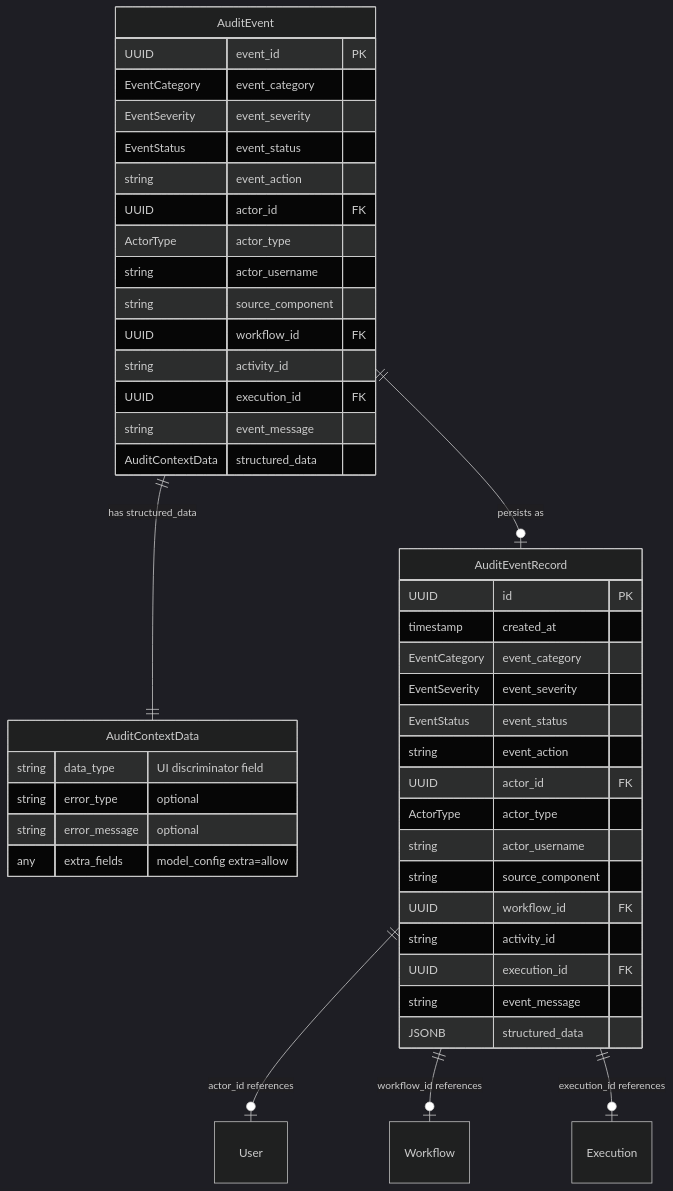
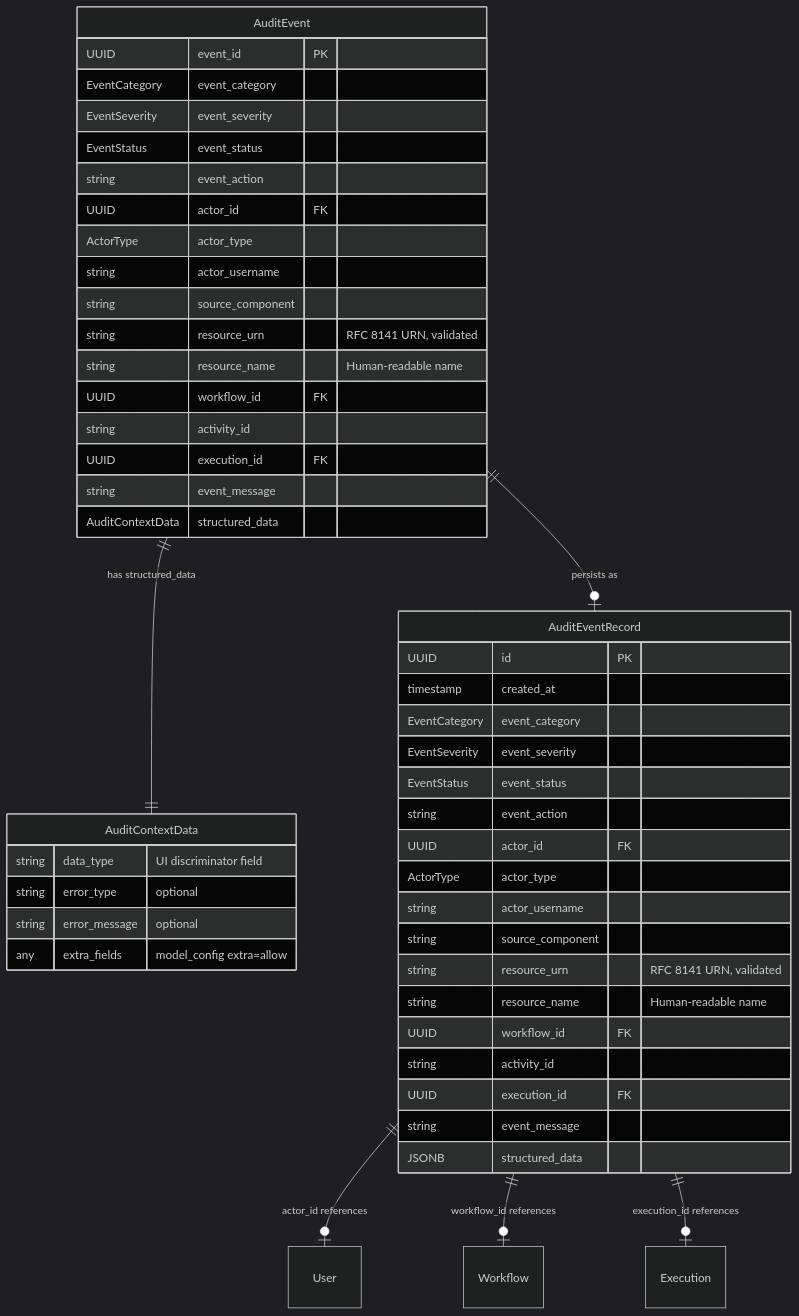
The second of 8 diagrams in docs/audit.md (alinabuzachis/syntara), drawn with Mermaid (dark theme) before and after one commit. The commit also changed other lines of this file and 79 other files, not shown here.

````diff
--- a/docs/audit.md
+++ b/docs/audit.md
@@ -103,51 +118,55 @@
 ```mermaid
 erDiagram
     AuditEvent ||--|| AuditContextData : "has structured_data"
     AuditEvent ||--o| AuditEventRecord : "persists as"
 
     AuditEventRecord ||--o| User : "actor_id references"
     AuditEventRecord ||--o| Workflow : "workflow_id references"
     AuditEventRecord ||--o| Execution : "execution_id references"
 
     AuditEvent {
         UUID event_id PK
         EventCategory event_category
         EventSeverity event_severity
         EventStatus event_status
         string event_action
         UUID actor_id FK
         ActorType actor_type
         string actor_username
         string source_component
+        string resource_urn "RFC 8141 URN, validated"
+        string resource_name "Human-readable name"
         UUID workflow_id FK
         string activity_id
         UUID execution_id FK
         string event_message
         AuditContextData structured_data
     }
 
     AuditEventRecord {
         UUID id PK
         timestamp created_at
         EventCategory event_category
         EventSeverity event_severity
         EventStatus event_status
         string event_action
         UUID actor_id FK
         ActorType actor_type
         string actor_username
         string source_component
+        string resource_urn "RFC 8141 URN, validated"
+        string resource_name "Human-readable name"
         UUID workflow_id FK
         string activity_id
         UUID execution_id FK
         string event_message
         JSONB structured_data
     }
 
     AuditContextData {
         string data_type "UI discriminator field"
         string error_type "optional"
         string error_message "optional"
         any extra_fields "model_config extra=allow"
     }
 ```
````
